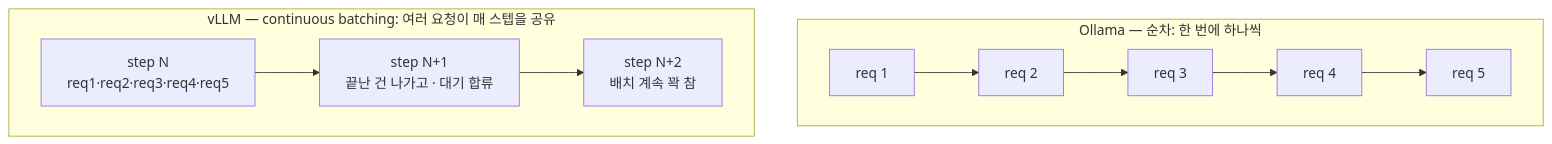
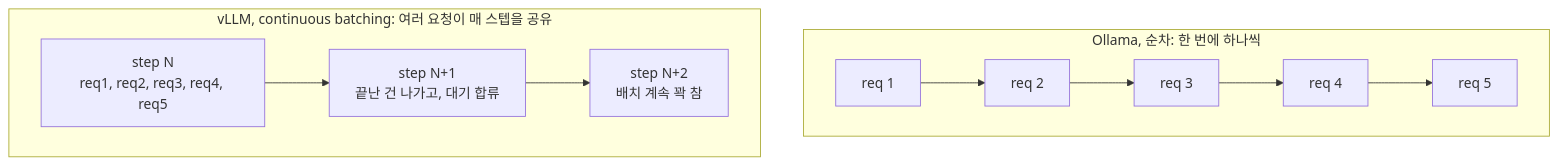
The first of 3 diagrams in src/content/blog/ko/ollama-to-vllm.md (kukjun/blog), drawn with Mermaid before and after one commit. The commit also changed other lines of this file and 10 other files, not shown here.

````diff
--- a/src/content/blog/ko/ollama-to-vllm.md
+++ b/src/content/blog/ko/ollama-to-vllm.md
@@ -71,11 +63,11 @@
 ```mermaid
 flowchart TB
-  subgraph seq["Ollama — 순차: 한 번에 하나씩"]
+  subgraph seq["Ollama, 순차: 한 번에 하나씩"]
     direction LR
     r1["req 1"] --> r2["req 2"] --> r3["req 3"] --> r4["req 4"] --> r5["req 5"]
   end
-  subgraph cont["vLLM — continuous batching: 여러 요청이 매 스텝을 공유"]
+  subgraph cont["vLLM, continuous batching: 여러 요청이 매 스텝을 공유"]
     direction LR
-    s1["step N<br/>req1·req2·req3·req4·req5"] --> s2["step N+1<br/>끝난 건 나가고 · 대기 합류"] --> s3["step N+2<br/>배치 계속 꽉 참"]
+    s1["step N<br/>req1, req2, req3, req4, req5"] --> s2["step N+1<br/>끝난 건 나가고, 대기 합류"] --> s3["step N+2<br/>배치 계속 꽉 참"]
   end
 ```
````
